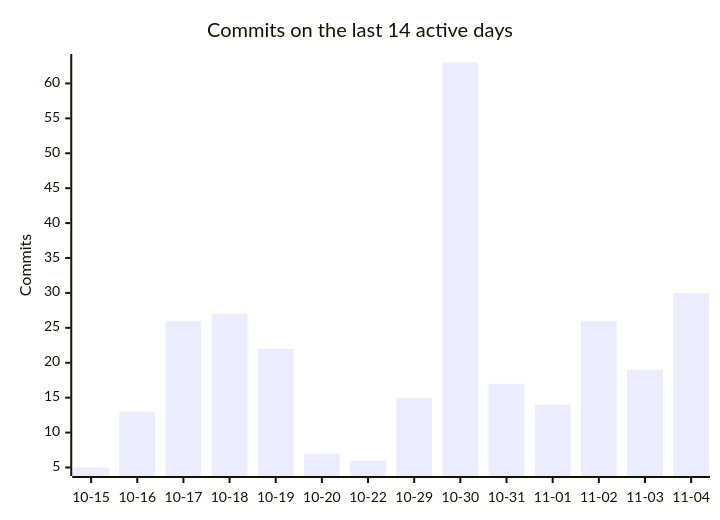
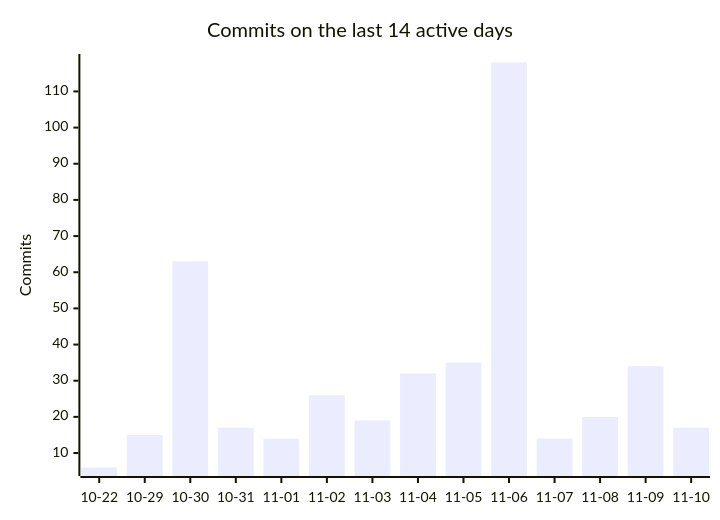
The third of 3 diagrams in README.md (PflanzenDex/PflanzenDex), drawn with Mermaid before and after one commit. The commit also changed other lines of this file, not shown here.

````diff
--- a/README.md
+++ b/README.md
@@ -73,7 +76,7 @@
 ```mermaid
 xychart-beta
   title "Commits on the last 14 active days"
-  x-axis ["10-15", "10-16", "10-17", "10-18", "10-19", "10-20", "10-22", "10-29", "10-30", "10-31", "11-01", "11-02", "11-03", "11-04"]
+  x-axis ["10-22", "10-29", "10-30", "10-31", "11-01", "11-02", "11-03", "11-04", "11-05", "11-06", "11-07", "11-08", "11-09", "11-10"]
   y-axis "Commits"
-  bar [5, 13, 26, 27, 22, 7, 6, 15, 63, 17, 14, 26, 19, 30]
+  bar [6, 15, 63, 17, 14, 26, 19, 32, 35, 118, 14, 20, 34, 17]
 ```
````
